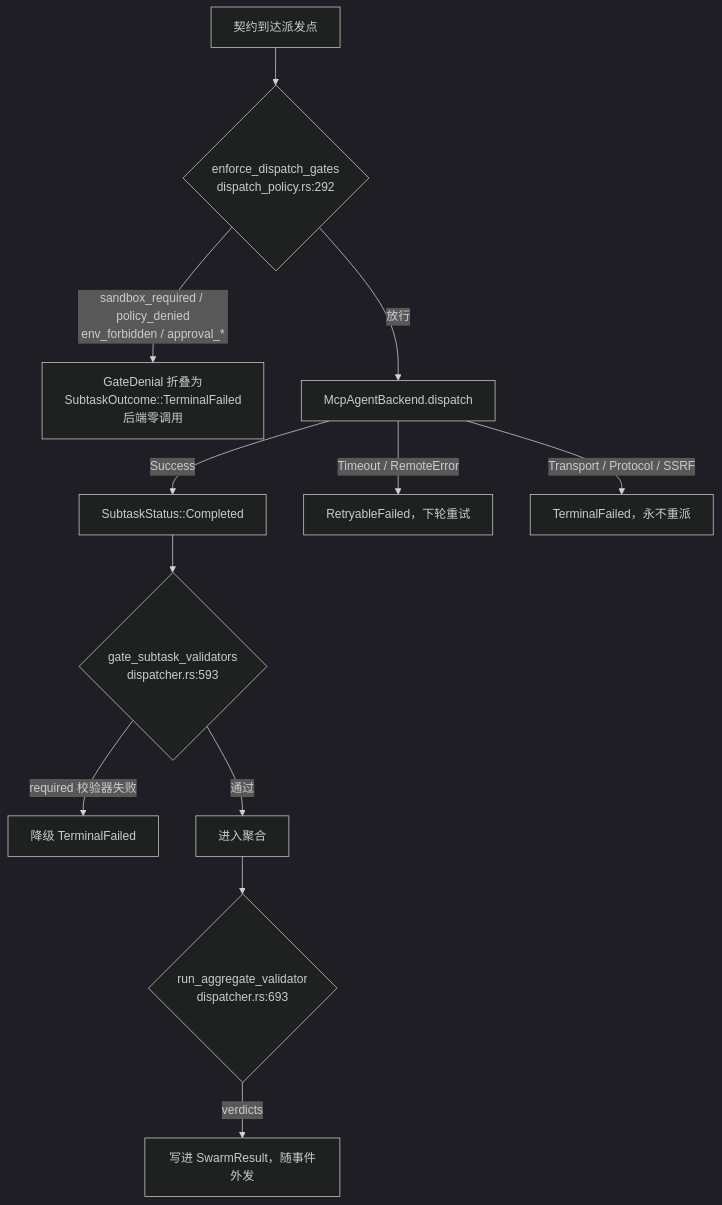
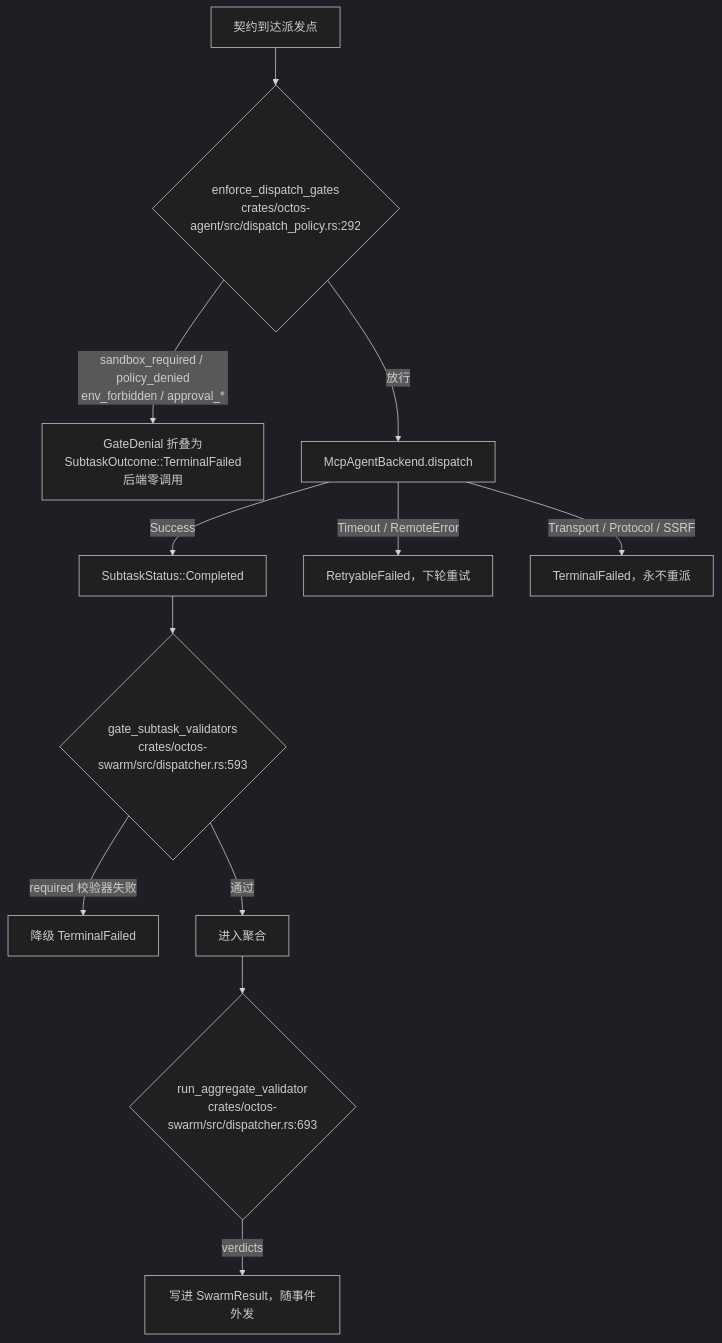
The third of 3 diagrams in chapters/ch17-swarm.md (octos-org/octos-book), drawn with Mermaid (dark theme) before and after one commit. The commit also changed other lines of this file and 3 other files, not shown here.

````diff
--- a/chapters/ch17-swarm.md
+++ b/chapters/ch17-swarm.md
@@ -148,14 +148,14 @@
 ```mermaid
 flowchart TD
-    C["契约到达派发点"] --> G1{"enforce_dispatch_gates<br/>dispatch_policy.rs:292"}
+    C["契约到达派发点"] --> G1{"enforce_dispatch_gates<br/>crates/octos-agent/src/dispatch_policy.rs:292"}
     G1 -->|"sandbox_required / policy_denied<br/>env_forbidden / approval_*"| DEN["GateDenial 折叠为<br/>SubtaskOutcome::TerminalFailed<br/>后端零调用"]
     G1 -->|放行| B["McpAgentBackend.dispatch"]
     B -->|"Success"| SC["SubtaskStatus::Completed"]
     B -->|"Timeout / RemoteError"| SR["RetryableFailed，下轮重试"]
     B -->|"Transport / Protocol / SSRF"| ST["TerminalFailed，永不重派"]
-    SC --> G2{"gate_subtask_validators<br/>dispatcher.rs:593"}
+    SC --> G2{"gate_subtask_validators<br/>crates/octos-swarm/src/dispatcher.rs:593"}
     G2 -->|"required 校验器失败"| DEMO["降级 TerminalFailed"]
     G2 -->|通过| AG["进入聚合"]
-    AG --> G3{"run_aggregate_validator<br/>dispatcher.rs:693"}
+    AG --> G3{"run_aggregate_validator<br/>crates/octos-swarm/src/dispatcher.rs:693"}
     G3 -->|verdicts| FIN["写进 SwarmResult，随事件外发"]
 ```
````
